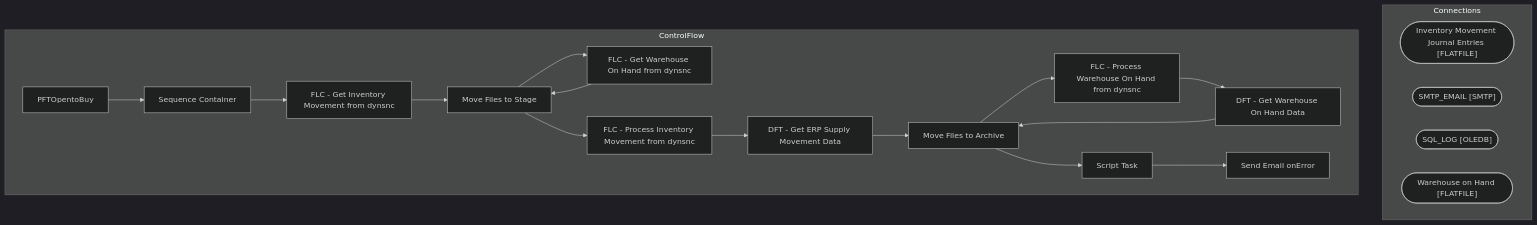
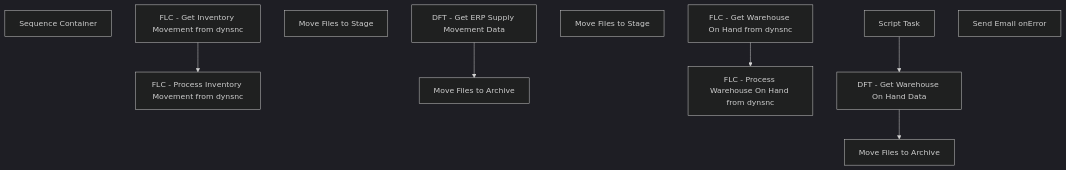
Before and after one commit to juanandresbrain/BABSkills: the diagram in bab-docs-explorer/Documentation/STL-SSIS-P-01/SSIS/SSIS/ERPSuppliesProcessing.PFTOpentoBuy.md, drawn with Mermaid (dark theme). The commit also changed other lines of this file and 273 other files, not shown here.

````diff
--- a/bab-docs-explorer/Documentation/STL-SSIS-P-01/SSIS/SSIS/ERPSuppliesProcessing.PFTOpentoBuy.md
+++ b/bab-docs-explorer/Documentation/STL-SSIS-P-01/SSIS/SSIS/ERPSuppliesProcessing.PFTOpentoBuy.md
@@ -9,38 +55,21 @@
 ```mermaid
 flowchart TD
-    subgraph Connections
-        Inventory_Movement_Journal_Entries_conn(["Inventory Movement Journal Entries [FLATFILE]"])
-        SMTP_EMAIL_conn(["SMTP_EMAIL [SMTP]"])
-        SQL_LOG_conn(["SQL_LOG [OLEDB]"])
-        Warehouse_on_Hand_conn(["Warehouse on Hand [FLATFILE]"])
-    end
-    subgraph ControlFlow
-        PFTOpentoBuy_task["PFTOpentoBuy"]
-        Sequence_Container_task["Sequence Container"]
-        PFTOpentoBuy_task --> Sequence_Container_task
-        FLC___Get_Inventory_Movement_from_dynsnc_task["FLC - Get Inventory Movement from dynsnc"]
-        Sequence_Container_task --> FLC___Get_Inventory_Movement_from_dynsnc_task
-        Move_Files_to_Stage_task["Move Files to Stage"]
-        FLC___Get_Inventory_Movement_from_dynsnc_task --> Move_Files_to_Stage_task
-        FLC___Get_Warehouse_On_Hand_from_dynsnc_task["FLC - Get Warehouse On Hand from dynsnc"]
-        Move_Files_to_Stage_task --> FLC___Get_Warehouse_On_Hand_from_dynsnc_task
-        Move_Files_to_Stage_task["Move Files to Stage"]
-        FLC___Get_Warehouse_On_Hand_from_dynsnc_task --> Move_Files_to_Stage_task
-        FLC___Process_Inventory_Movement_from_dynsnc_task["FLC - Process Inventory Movement from dynsnc"]
-        Move_Files_to_Stage_task --> FLC___Process_Inventory_Movement_from_dynsnc_task
-        DFT___Get_ERP_Supply_Movement_Data_task["DFT - Get ERP Supply Movement Data"]
-        FLC___Process_Inventory_Movement_from_dynsnc_task --> DFT___Get_ERP_Supply_Movement_Data_task
-        Move_Files_to_Archive_task["Move Files to Archive"]
-        DFT___Get_ERP_Supply_Movement_Data_task --> Move_Files_to_Archive_task
-        FLC___Process_Warehouse_On_Hand_from_dynsnc_task["FLC - Process Warehouse On Hand from dynsnc"]
-        Move_Files_to_Archive_task --> FLC___Process_Warehouse_On_Hand_from_dynsnc_task
-        DFT___Get_Warehouse_On_Hand_Data_task["DFT - Get Warehouse On Hand Data"]
-        FLC___Process_Warehouse_On_Hand_from_dynsnc_task --> DFT___Get_Warehouse_On_Hand_Data_task
-        Move_Files_to_Archive_task["Move Files to Archive"]
-        DFT___Get_Warehouse_On_Hand_Data_task --> Move_Files_to_Archive_task
-        Script_Task_task["Script Task"]
-        Move_Files_to_Archive_task --> Script_Task_task
-        Send_Email_onError_task["Send Email onError"]
-        Script_Task_task --> Send_Email_onError_task
-    end
+    n_Package_Sequence_Container["Sequence Container"]
+    n_Package_Sequence_Container_FLC___Get_Inventory_Movement_from_dynsnc["FLC - Get Inventory Movement from dynsnc"]
+    n_Package_Sequence_Container_FLC___Get_Inventory_Movement_from_dynsnc_Move_Files_to_Stage["Move Files to Stage"]
+    n_Package_Sequence_Container_FLC___Get_Warehouse_On_Hand_from_dynsnc["FLC - Get Warehouse On Hand from dynsnc"]
+    n_Package_Sequence_Container_FLC___Get_Warehouse_On_Hand_from_dynsnc_Move_Files_to_Stage["Move Files to Stage"]
+    n_Package_Sequence_Container_FLC___Process_Inventory_Movement_from_dynsnc["FLC - Process Inventory Movement from dynsnc"]
+    n_Package_Sequence_Container_FLC___Process_Inventory_Movement_from_dynsnc_DFT___Get_ERP_Supply_Movement_Data["DFT - Get ERP Supply Movement Data"]
+    n_Package_Sequence_Container_FLC___Process_Inventory_Movement_from_dynsnc_Move_Files_to_Archive["Move Files to Archive"]
+    n_Package_Sequence_Container_FLC___Process_Warehouse_On_Hand_from_dynsnc["FLC - Process Warehouse On Hand from dynsnc"]
+    n_Package_Sequence_Container_FLC___Process_Warehouse_On_Hand_from_dynsnc_DFT___Get_Warehouse_On_Hand_Data["DFT - Get Warehouse On Hand Data"]
+    n_Package_Sequence_Container_FLC___Process_Warehouse_On_Hand_from_dynsnc_Move_Files_to_Archive["Move Files to Archive"]
+    n_Package_Sequence_Container_FLC___Process_Warehouse_On_Hand_from_dynsnc_Script_Task["Script Task"]
+    n_Package_EventHandlers_OnError__Send_Email_onError["Send Email onError"]
+    n_Package_Sequence_Container_FLC___Process_Inventory_Movement_from_dynsnc_DFT___Get_ERP_Supply_Movement_Data --> n_Package_Sequence_Container_FLC___Process_Inventory_Movement_from_dynsnc_Move_Files_to_Archive
+    n_Package_Sequence_Container_FLC___Process_Warehouse_On_Hand_from_dynsnc_DFT___Get_Warehouse_On_Hand_Data --> n_Package_Sequence_Container_FLC___Process_Warehouse_On_Hand_from_dynsnc_Move_Files_to_Archive
+    n_Package_Sequence_Container_FLC___Process_Warehouse_On_Hand_from_dynsnc_Script_Task --> n_Package_Sequence_Container_FLC___Process_Warehouse_On_Hand_from_dynsnc_DFT___Get_Warehouse_On_Hand_Data
+    n_Package_Sequence_Container_FLC___Get_Warehouse_On_Hand_from_dynsnc --> n_Package_Sequence_Container_FLC___Process_Warehouse_On_Hand_from_dynsnc
+    n_Package_Sequence_Container_FLC___Get_Inventory_Movement_from_dynsnc --> n_Package_Sequence_Container_FLC___Process_Inventory_Movement_from_dynsnc
 ```
````
